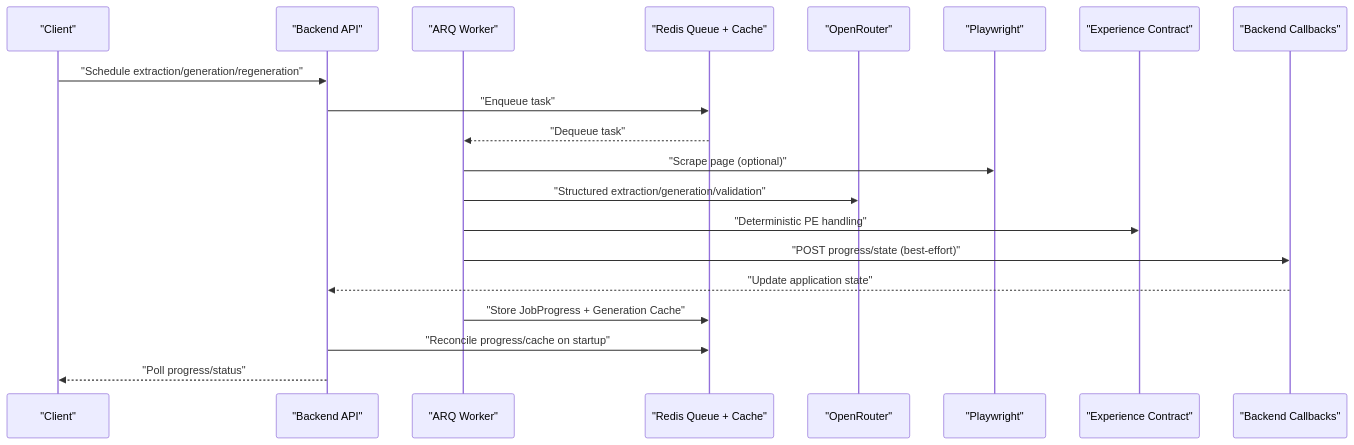
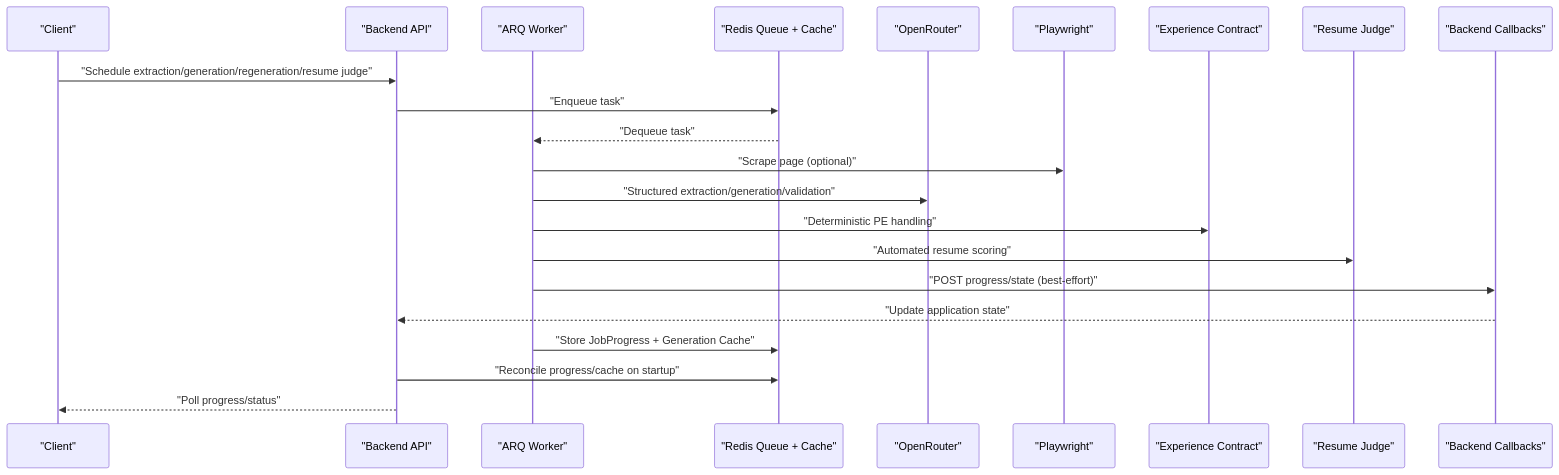
One commit to sankaL/resume-app changed the second of 16 diagrams in .qoder/repowiki/en/content/AI Agent System/AI Agent System.md. Above: the diagram before and after it, drawn with Mermaid. The commit also changed other lines of this file and 7 other files, not shown here.

````diff
--- a/.qoder/repowiki/en/content/AI Agent System/AI Agent System.md
+++ b/.qoder/repowiki/en/content/AI Agent System/AI Agent System.md
@@ -148,22 +157,24 @@
 ```mermaid
 sequenceDiagram
 participant Client as "Client"
 participant Backend as "Backend API"
 participant Worker as "ARQ Worker"
 participant Redis as "Redis Queue + Cache"
 participant OR as "OpenRouter"
 participant PW as "Playwright"
 participant EC as "Experience Contract"
+participant RJ as "Resume Judge"
 participant Callback as "Backend Callbacks"
-Client->>Backend : "Schedule extraction/generation/regeneration"
+Client->>Backend : "Schedule extraction/generation/regeneration/resume judge"
 Backend->>Redis : "Enqueue task"
 Redis-->>Worker : "Dequeue task"
 Worker->>PW : "Scrape page (optional)"
 Worker->>OR : "Structured extraction/generation/validation"
 Worker->>EC : "Deterministic PE handling"
+Worker->>RJ : "Automated resume scoring"
 Worker->>Callback : "POST progress/state (best-effort)"
 Callback-->>Backend : "Update application state"
 Worker->>Redis : "Store JobProgress + Generation Cache"
 Backend->>Redis : "Reconcile progress/cache on startup"
 Backend-->>Client : "Poll progress/status"
 ```
````
